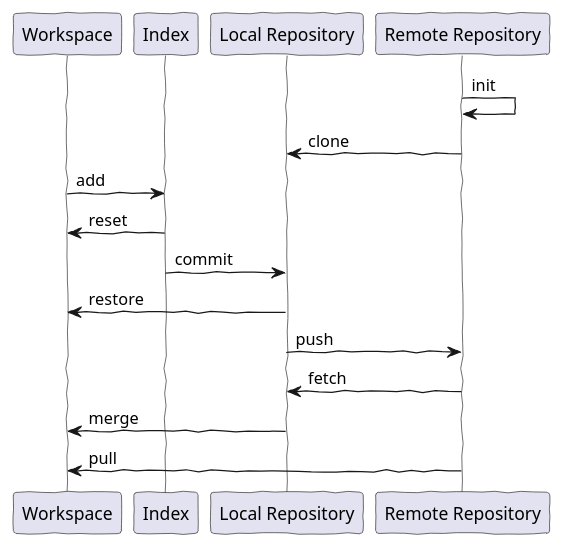
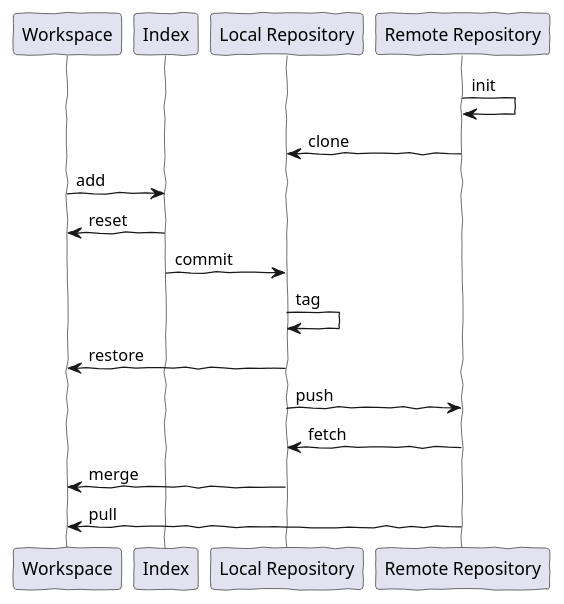
One commit to braboj/tutorial-git changed the diagram in assets/uml/git_dataflow_diagram.puml. Above: the diagram before and after it, drawn with PlantUML. The commit also changed 3 other files, not shown here.

Commit message:
Update of the dataflow and branching diagrams

```diff
--- a/assets/uml/git_dataflow_diagram.puml
+++ b/assets/uml/git_dataflow_diagram.puml
@@ -1,22 +1,23 @@
 @startuml
 skinparam lifelineStrategy solid
 'skinparam backgroundColor #EEEBDC
 skinparam handwritten true
 
 participant Workspace
 participant Index
 participant "Local Repository" as Local
 participant "Remote Repository" as Remote
 
 Remote -> Remote    : init
 Remote -> Local     : clone
 Workspace -> Index  : add
 Index -> Workspace  : reset
 Index -> Local      : commit
+Local -> Local      : tag
 Local -> Workspace  : restore
 Local -> Remote     : push
 Remote -> Local     : fetch
 Local -> Workspace  : merge
 Remote -> Workspace : pull
 
 @enduml
```
